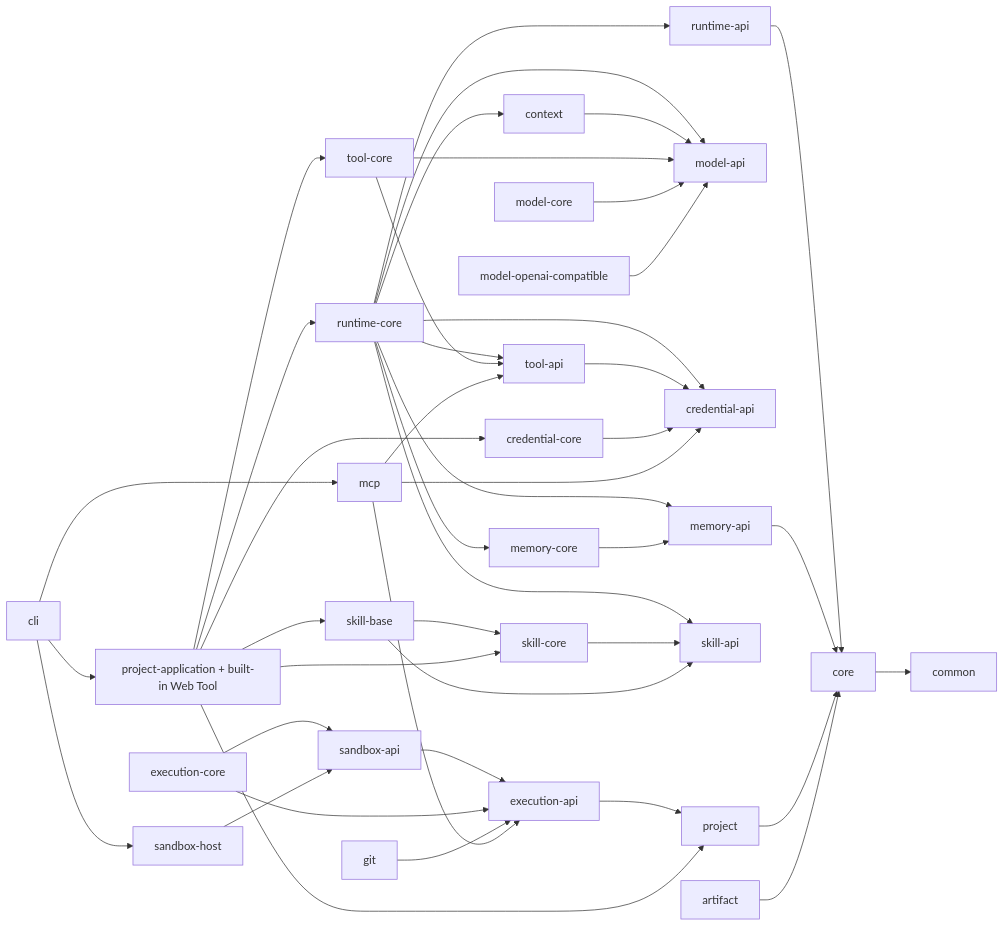
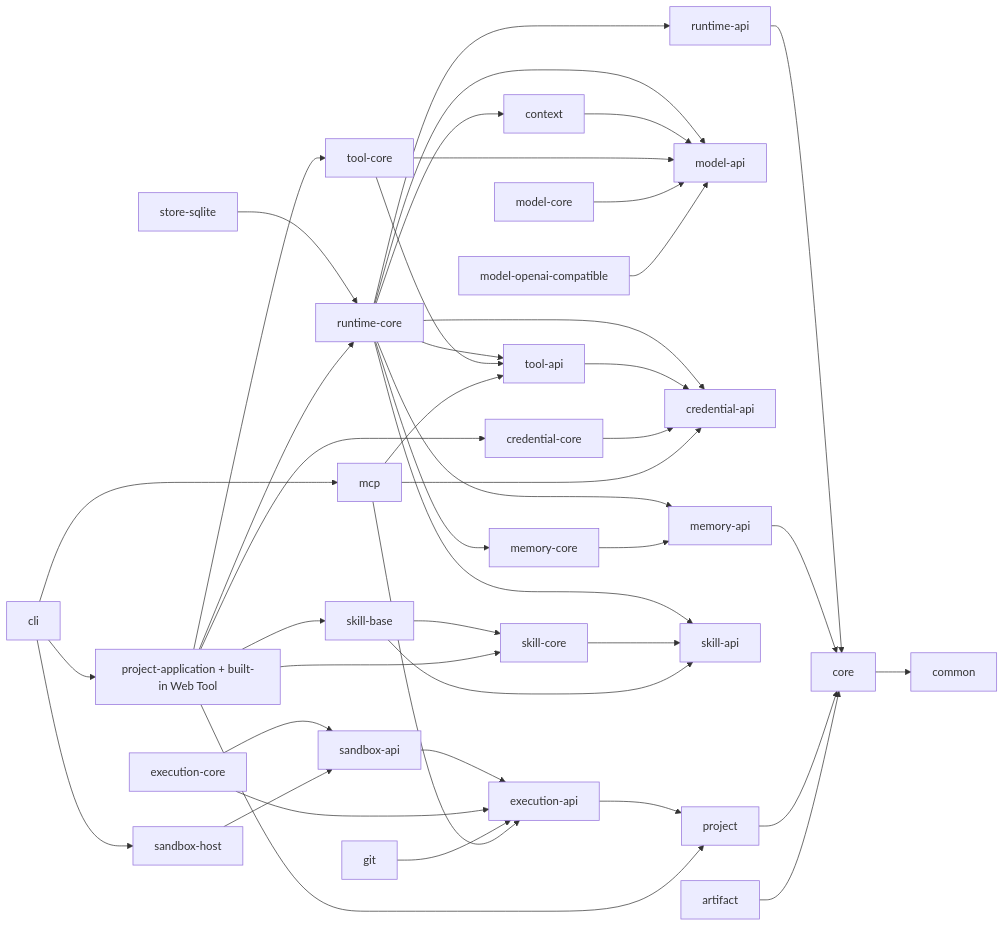
The diagram in README.md (haifa-agent/haifa-agent), drawn with Mermaid before and after one commit. The commit also changed other lines of this file and 43 other files, not shown here.

Commit message:
feat: add SQLite persistence store foundation

````diff
--- a/README.md
+++ b/README.md
@@ -63,45 +65,46 @@
 ```mermaid
 flowchart LR
   CORE[core] --> COMMON[common]
   RAPI[runtime-api] --> CORE
   RCORE[runtime-core] --> RAPI
   RCORE --> MAPI[model-api]
   RCORE --> TAPI[tool-api]
   RCORE --> CAPI[credential-api]
   RCORE --> CTX[context]
   RCORE --> MEMAPI[memory-api]
   RCORE --> MEMCORE[memory-core]
   RCORE --> SKAPI[skill-api]
   CTX --> MAPI
   TAPI --> CAPI
   TCORE[tool-core] --> TAPI
   TCORE --> MAPI
   CCORE[credential-core] --> CAPI
   MCORE[model-core] --> MAPI
   MEMAPI --> CORE
   MEMCORE --> MEMAPI
   SKCORE[skill-core] --> SKAPI
   SKBASE[skill-base] --> SKAPI
   SKBASE --> SKCORE
   PROJECT[project] --> CORE
   ARTIFACT[artifact] --> CORE
   EAPI[execution-api] --> PROJECT
   SAPI[sandbox-api] --> EAPI
   ECORE[execution-core] --> EAPI
   ECORE --> SAPI
   SHOST[sandbox-host] --> SAPI
   GIT[git] --> EAPI
   MCP[mcp] --> TAPI
   MCP --> CAPI
   MCP --> EAPI
   OAI[model-openai-compatible] --> MAPI
+  SQLITE[store-sqlite] --> RCORE
   PAPP[project-application + built-in Web Tool] --> RCORE
   PAPP --> PROJECT
   PAPP --> TCORE
   PAPP --> CCORE
   PAPP --> SKCORE
   PAPP --> SKBASE
   CLI[cli] --> PAPP
   CLI --> MCP
   CLI --> SHOST
 ```
````
